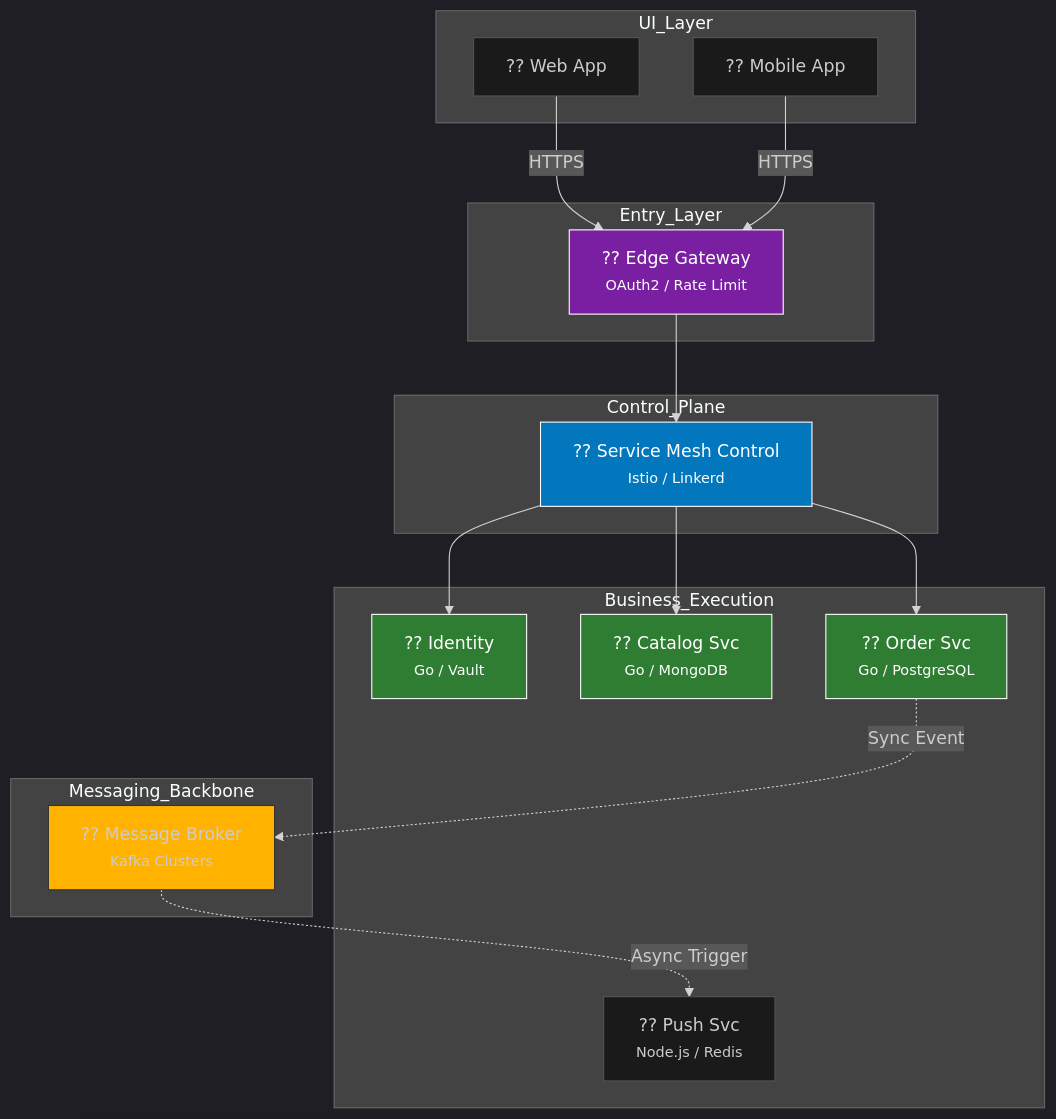
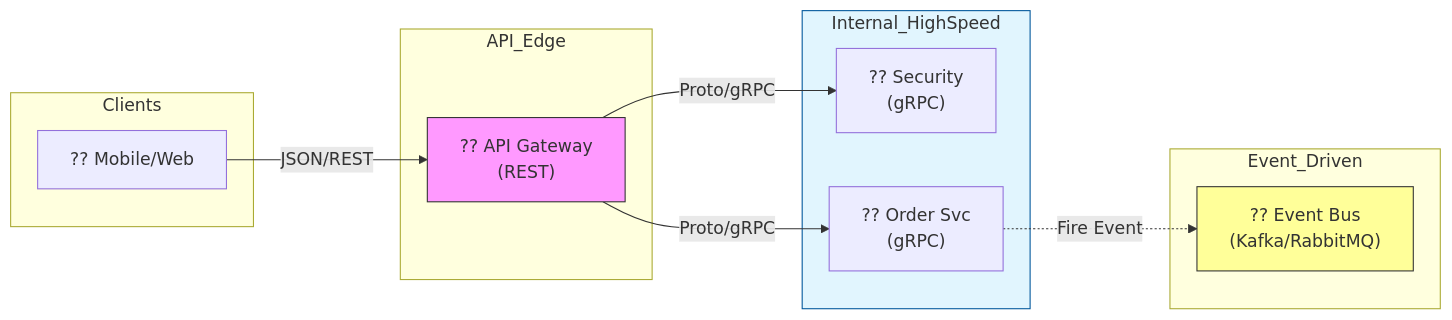
Before and after one commit to arch-yunus/microservices-101: the diagram in README.md, drawn with Mermaid. The commit also changed other lines of this file, not shown here.

````diff
--- a/README.md
+++ b/README.md
@@ -83,40 +71,28 @@
 ```mermaid
-%%{init: {'theme': 'dark', 'themeVariables': { 'mainBkg': '#1a1a1a', 'nodeBorder': '#555' }}}%%
-graph TD
-    subgraph UI_Layer
-        Web["?? Web App"]
-        Mobile["?? Mobile App"]
+graph LR
+    subgraph Clients
+        App["?? Mobile/Web"]
     end
 
-    subgraph Entry_Layer
-        Edge["?? Edge Gateway <br/><small>OAuth2 / Rate Limit</small>"]
+    subgraph API_Edge
+        Gateway["?? API Gateway <br/>(REST)"]
     end
 
-    subgraph Control_Plane
-        Mesh["?? Service Mesh Control <br/><small>Istio / Linkerd</small>"]
+    subgraph Internal_HighSpeed
+        Auth["?? Security <br/>(gRPC)"]
+        Order["?? Order Svc <br/>(gRPC)"]
     end
 
-    subgraph Business_Execution
-        Auth["?? Identity <br/><small>Go / Vault</small>"]
-        Catalog["?? Catalog Svc <br/><small>Go / MongoDB</small>"]
-        Order["?? Order Svc <br/><small>Go / PostgreSQL</small>"]
-        Notify["?? Push Svc <br/><small>Node.js / Redis</small>"]
+    subgraph Event_Driven
+        Broker["?? Event Bus <br/>(Kafka/RabbitMQ)"]
     end
 
-    subgraph Messaging_Backbone
-        Kafka["?? Message Broker <br/><small>Kafka Clusters</small>"]
-    end
-
-    Web & Mobile -->|HTTPS| Edge
-    Edge --> Mesh
-    Mesh --> Auth & Catalog & Order
-    Order -.->|Sync Event| Kafka
-    Kafka -.->|Async Trigger| Notify
+    App -->|JSON/REST| Gateway
+    Gateway -->|Proto/gRPC| Auth
+    Gateway -->|Proto/gRPC| Order
+    Order -.->|Fire Event| Broker
     
-    style Edge fill:#7b1fa2,stroke:#fff,color:#fff
-    style Kafka fill:#ffb300,stroke:#333
-    style Auth fill:#2e7d32,stroke:#fff,color:#fff
-    style Order fill:#2e7d32,stroke:#fff,color:#fff
-    style Catalog fill:#2e7d32,stroke:#fff,color:#fff
-    style Mesh fill:#0277bd,stroke:#fff,color:#fff
+    style Gateway fill:#f9f,stroke:#333
+    style Broker fill:#ff9,stroke:#333
+    style Internal_HighSpeed fill:#e1f5fe,stroke:#01579b
 ```
````
